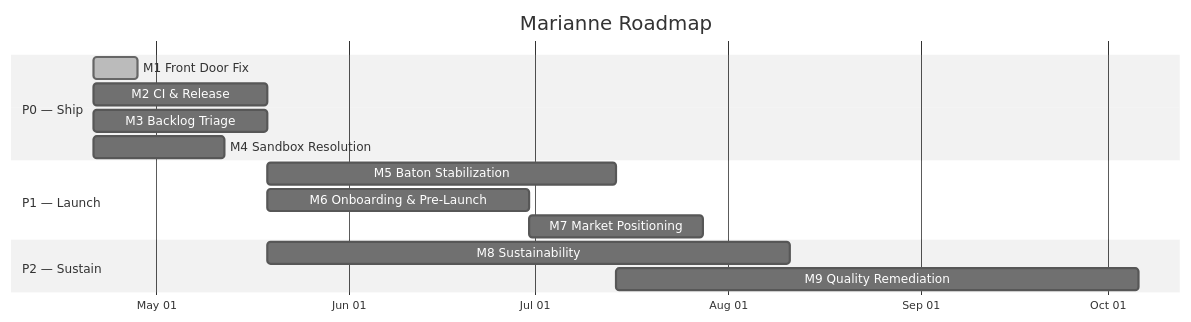
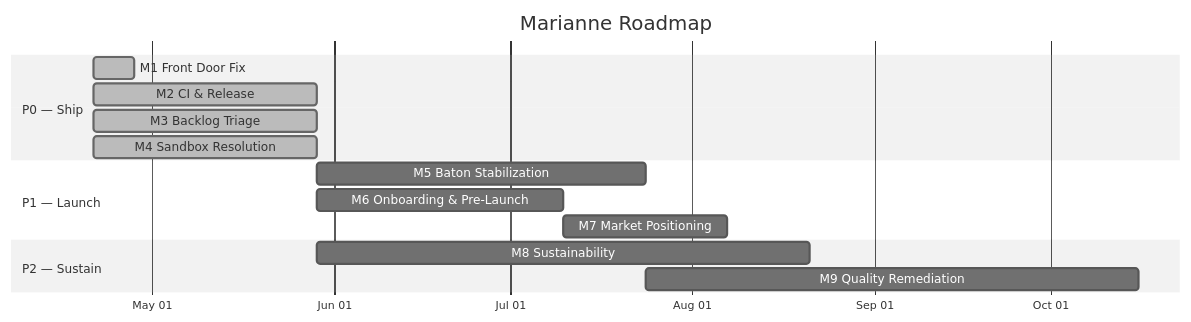
The diagram in docs/roadmap.md (Mzzkc/marianne-ai-compose), drawn with Mermaid (neutral theme) before and after one commit. The commit also changed other lines of this file, not shown here.

First line of the commit message:
docs(tracking): refresh progress.yaml, decisions.log, roadmap for P0 Ship

````diff
--- a/docs/roadmap.md
+++ b/docs/roadmap.md
@@ -17,21 +19,21 @@
 ```mermaid
 gantt
     title Marianne Roadmap
     dateFormat YYYY-MM-DD
     axisFormat %b %d
 
     section P0 — Ship
     M1 Front Door Fix           :done, m1, 2026-04-21, 2026-04-28
-    M2 CI & Release             :m2, 2026-04-21, 28d
-    M3 Backlog Triage           :m3, 2026-04-21, 28d
-    M4 Sandbox Resolution       :m4, 2026-04-21, 21d
+    M2 CI & Release             :done, m2, 2026-04-21, 2026-05-29
+    M3 Backlog Triage           :done, m3, 2026-04-21, 2026-05-29
+    M4 Sandbox Resolution       :done, m4, 2026-04-21, 2026-05-29
 
     section P1 — Launch
     M5 Baton Stabilization      :m5, after m2, 56d
     M6 Onboarding & Pre-Launch  :m6, after m1 m2 m4, 42d
     M7 Market Positioning       :m7, after m6, 28d
 
     section P2 — Sustain
     M8 Sustainability           :m8, after m3, 84d
     M9 Quality Remediation      :m9, after m2 m5, 84d
 ```
````
